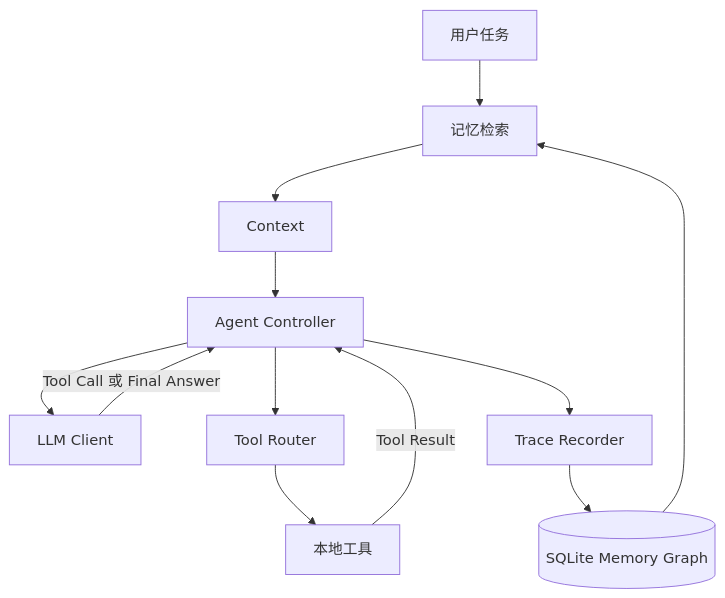
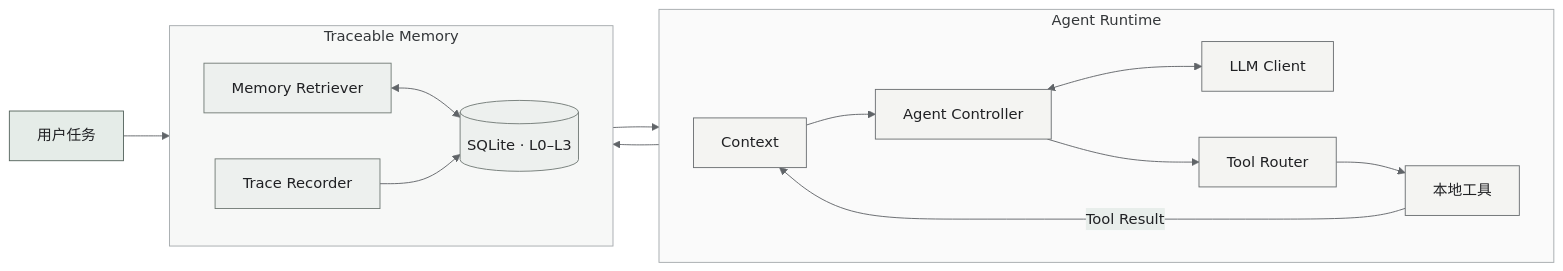
Before and after one commit to mitbff/trace-coding-agent: the diagram in README.md, drawn with Mermaid. The commit also changed other lines of this file and 4 other files, not shown here.

````diff
--- a/README.md
+++ b/README.md
@@ -12,14 +12,29 @@
 ```mermaid
-flowchart TD
-    U[用户任务] --> M[记忆检索]
-    M --> C[Context]
-    C --> A[Agent Controller]
-    A --> L[LLM Client]
-    L -->|Tool Call 或 Final Answer| A
-    A --> R[Tool Router]
-    R --> T[本地工具]
-    T -->|Tool Result| A
-    A --> W[Trace Recorder]
-    W --> D[(SQLite Memory Graph)]
-    D --> M
+%%{init: {'theme':'base','themeVariables':{'primaryColor':'#f4f4f2','primaryTextColor':'#202124','primaryBorderColor':'#6b6f72','lineColor':'#606468','secondaryColor':'#e8eeeb','tertiaryColor':'#fafafa','clusterBkg':'#fafafa','clusterBorder':'#a5aaad','fontFamily':'Arial, sans-serif'}}}%%
+flowchart LR
+    U[用户任务]
+    subgraph CORE[Agent Runtime]
+        direction LR
+        C[Context] --> A[Agent Controller]
+        A <--> L[LLM Client]
+        A --> R[Tool Router]
+        R --> T[本地工具]
+        T -->|Tool Result| C
+    end
+    subgraph MEM[Traceable Memory]
+        direction LR
+        Q[Memory Retriever] <--> D[(SQLite · L0–L3)]
+        W[Trace Recorder] --> D
+    end
+    U --> Q --> C
+    A --> W
+
+    classDef entry fill:#e5ece8,stroke:#56645d,color:#202124;
+    classDef runtime fill:#f4f4f2,stroke:#6b6f72,color:#202124;
+    classDef memory fill:#edf0ee,stroke:#727b76,color:#202124;
+    class U entry;
+    class C,A,L,R,T runtime;
+    class Q,W,D memory;
+    style CORE fill:#fafafa,stroke:#a5aaad,color:#34373a
+    style MEM fill:#f7f8f7,stroke:#a5aaad,color:#34373a
 ```
````
